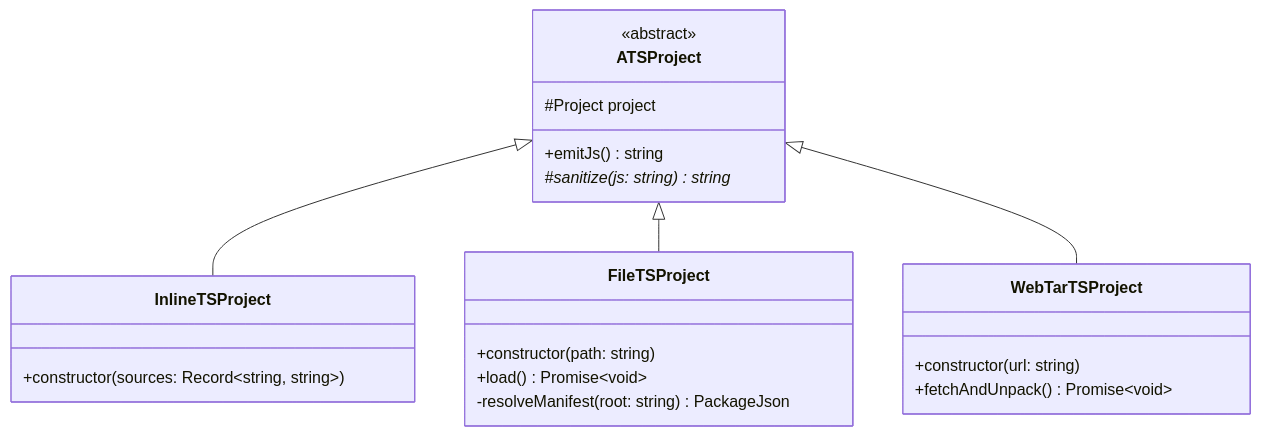
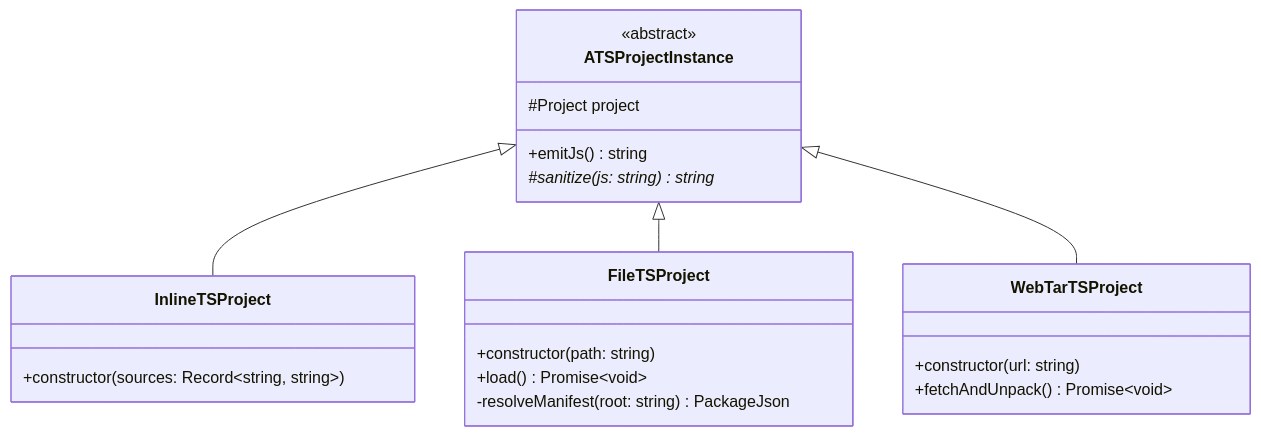
Before and after one commit to rimvydasb/open-modeler-bindings: the first of 2 diagrams in docs/TS_PROJECT_SPEC.md, drawn with Mermaid. The commit also changed other lines of this file and 3 other files, not shown here.

Commit message:
docs: update specifications to reflect changes from TSProject to TSProjectInstance

````diff
--- a/docs/TS_PROJECT_SPEC.md
+++ b/docs/TS_PROJECT_SPEC.md
@@ -23,30 +23,30 @@
 ```mermaid
 classDiagram
     direction TB
 
-    class ATSProject {
+    class ATSProjectInstance {
         <<abstract>>
         #Project project
         +emitJs() string
         #sanitize(js: string) string*
     }
 
     class InlineTSProject {
         +constructor(sources: Record~string, string~)
     }
 
     class FileTSProject {
         +constructor(path: string)
         +load() Promise~void~
         -resolveManifest(root: string) PackageJson
     }
 
     class WebTarTSProject {
         +constructor(url: string)
         +fetchAndUnpack() Promise~void~
     }
 
-    ATSProject <|-- InlineTSProject
-    ATSProject <|-- FileTSProject
-    ATSProject <|-- WebTarTSProject
+    ATSProjectInstance <|-- InlineTSProject
+    ATSProjectInstance <|-- FileTSProject
+    ATSProjectInstance <|-- WebTarTSProject
 ```
````
